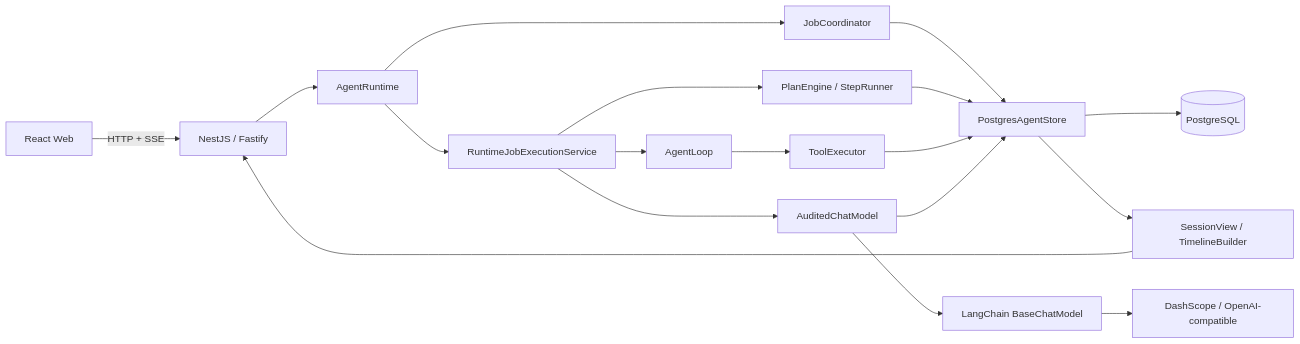
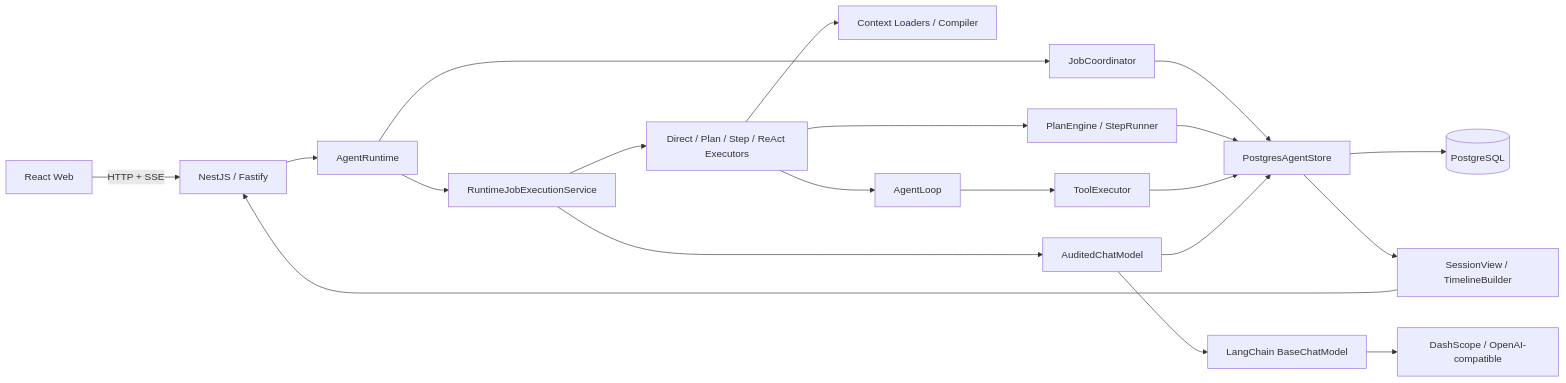
One commit to lucyonegit/agent-runtime-v2 changed the diagram in docs/refactor/07-实现验收与运维手册.md. Above: the diagram before and after it, drawn with Mermaid. The commit also changed other lines of this file and 4 other files, not shown here.

Commit message:
docs: mark executor context refactor implemented

````diff
--- a/docs/refactor/07-实现验收与运维手册.md
+++ b/docs/refactor/07-实现验收与运维手册.md
@@ -16,20 +18,22 @@
 ```mermaid
 flowchart LR
   Web["React Web"] -->|"HTTP + SSE"| API["NestJS / Fastify"]
   API --> Runtime["AgentRuntime"]
   Runtime --> Coordinator["JobCoordinator"]
   Runtime --> Executor["RuntimeJobExecutionService"]
-  Executor --> Planner["PlanEngine / StepRunner"]
-  Executor --> Loop["AgentLoop"]
+  Executor --> RuntimeExecutors["Direct / Plan / Step / ReAct Executors"]
+  RuntimeExecutors --> Context["Context Loaders / Compiler"]
+  RuntimeExecutors --> Planner["PlanEngine / StepRunner"]
+  RuntimeExecutors --> Loop["AgentLoop"]
   Loop --> Tools["ToolExecutor"]
   Executor --> Audit["AuditedChatModel"]
   Audit --> Model["LangChain BaseChatModel"]
   Model --> Provider["DashScope / OpenAI-compatible"]
   Coordinator --> Store["PostgresAgentStore"]
   Planner --> Store
   Tools --> Store
   Audit --> Store
   Store --> PG[("PostgreSQL")]
   Store --> View["SessionView / TimelineBuilder"]
   View --> API
 ```
````
